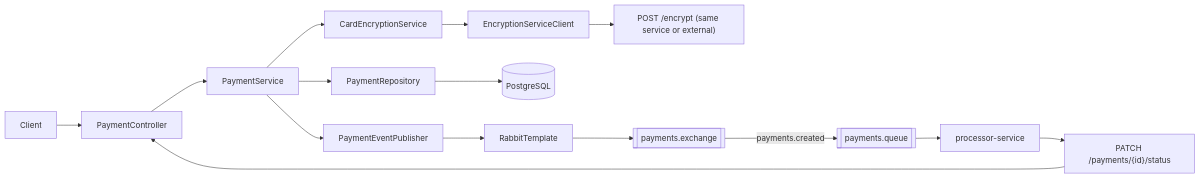
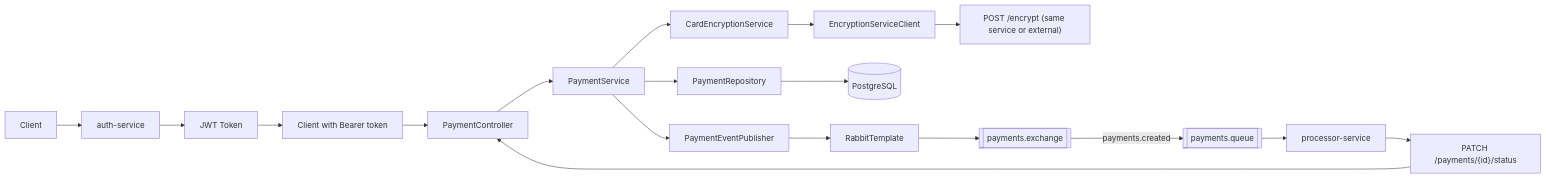
Before and after one commit to riditalove/payment-service: the first of 2 diagrams in README.md, drawn with Mermaid. The commit also changed other lines of this file, not shown here.

First line of the commit message:
Revise payment service documentation for JWT flow

````diff
--- a/README.md
+++ b/README.md
@@ -40,20 +50,23 @@
 ```mermaid
 flowchart LR
-    C[Client] --> PC[PaymentController]
+    C[Client] --> AS[auth-service]
+    AS --> TK[JWT Token]
+    TK --> C2[Client with Bearer token]
+    C2 --> PC[PaymentController]
     PC --> PS[PaymentService]
 
     PS --> CES[CardEncryptionService]
     CES --> ESC[EncryptionServiceClient]
     ESC --> ENC["POST /encrypt (same service or external)"]
 
     PS --> PR[PaymentRepository]
     PR --> DB[(PostgreSQL)]
 
     PS --> PEP[PaymentEventPublisher]
     PEP --> RT[RabbitTemplate]
     RT --> EX[[payments.exchange]]
     EX -->|payments.created| Q[[payments.queue]]
     Q --> PROC[processor-service]
     PROC --> PATCH["PATCH /payments/{id}/status"]
     PATCH --> PC
 ```
````
